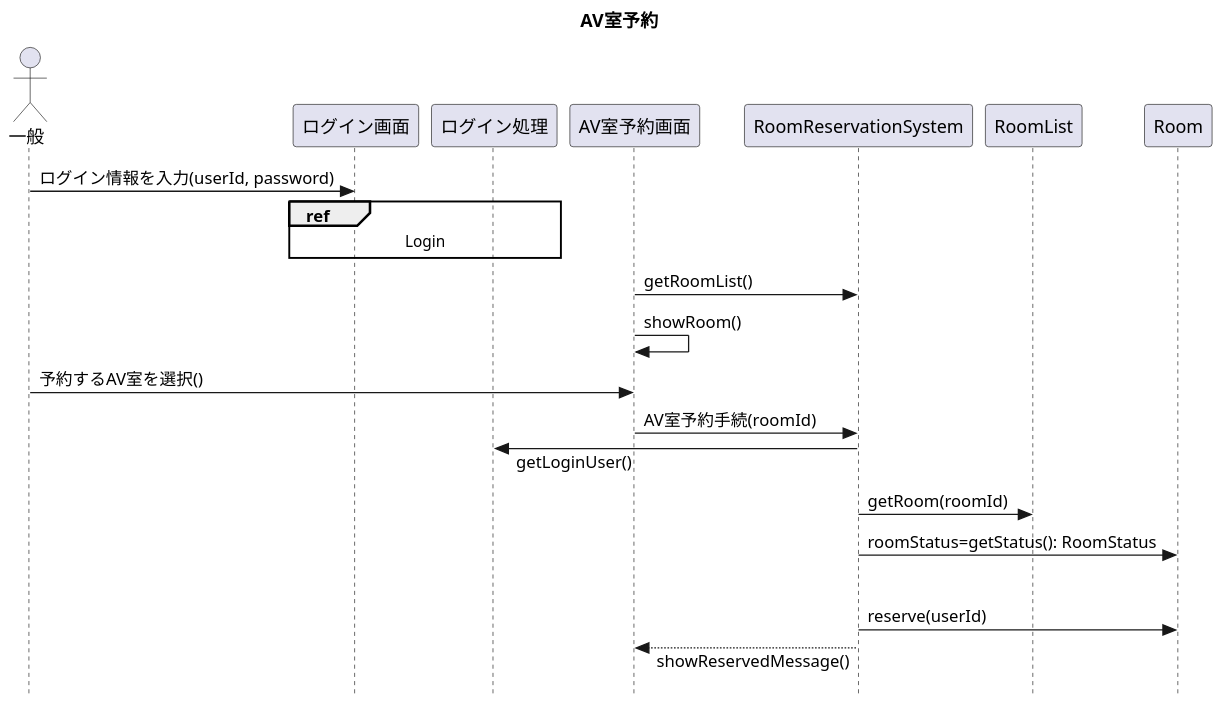
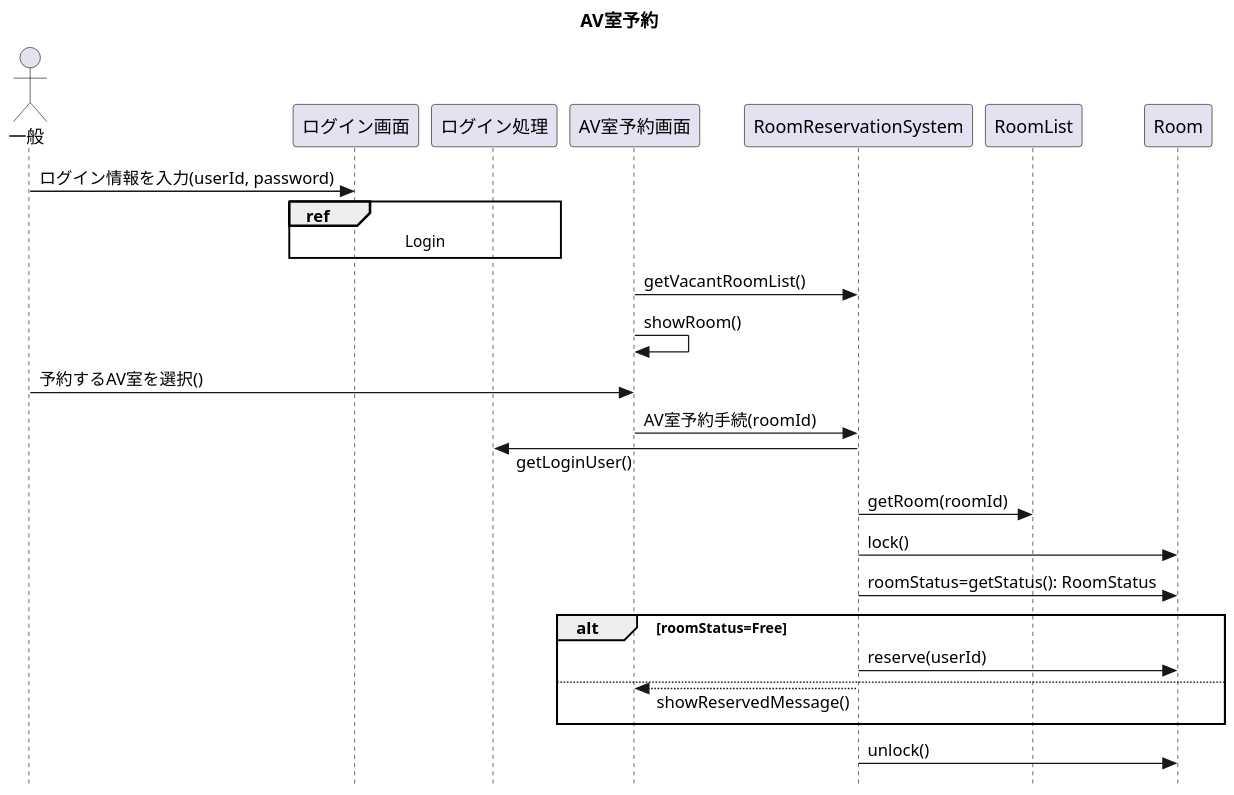
One commit to Romira915/AdvancedSoftwareEngineering3-Task changed the fifth of 7 diagrams in sequence.pu. Above: the diagram before and after it, drawn with PlantUML. The commit also changed other lines of this file, not shown here.

```diff
--- a/sequence.pu
+++ b/sequence.pu
@@ -148,31 +148,34 @@
 @startuml AV室予約
 
 title AV室予約
 skinparam dpi 150
 skinparam responseMessageBelowArrow true
 skinparam style strictuml
 
 actor 一般 as user
 participant ログイン画面 as LoginDisplay
 participant ログイン処理 as LoginProcess
 participant AV室予約画面 as RoomReservationDisplay
 participant RoomReservationSystem
 
 user -> LoginDisplay : ログイン情報を入力(userId, password)
 ref over LoginDisplay, LoginProcess : Login
 
-RoomReservationDisplay -> RoomReservationSystem : getRoomList()
+RoomReservationDisplay -> RoomReservationSystem : getVacantRoomList()
 RoomReservationDisplay -> RoomReservationDisplay : showRoom()
 
 user -> RoomReservationDisplay : 予約するAV室を選択()
 RoomReservationDisplay -> RoomReservationSystem : AV室予約手続(roomId)
 LoginProcess <- RoomReservationSystem : getLoginUser()
 RoomReservationSystem -> RoomList : getRoom(roomId)
+
+RoomReservationSystem -> Room : lock()
 RoomReservationSystem -> Room : roomStatus=getStatus(): RoomStatus
-
 alt roomStatus=Free
     RoomReservationSystem -> Room : reserve(userId)
 else
     RoomReservationDisplay <-- RoomReservationSystem : showReservedMessage()
+end
+RoomReservationSystem -> Room : unlock()
 
 @enduml
```
